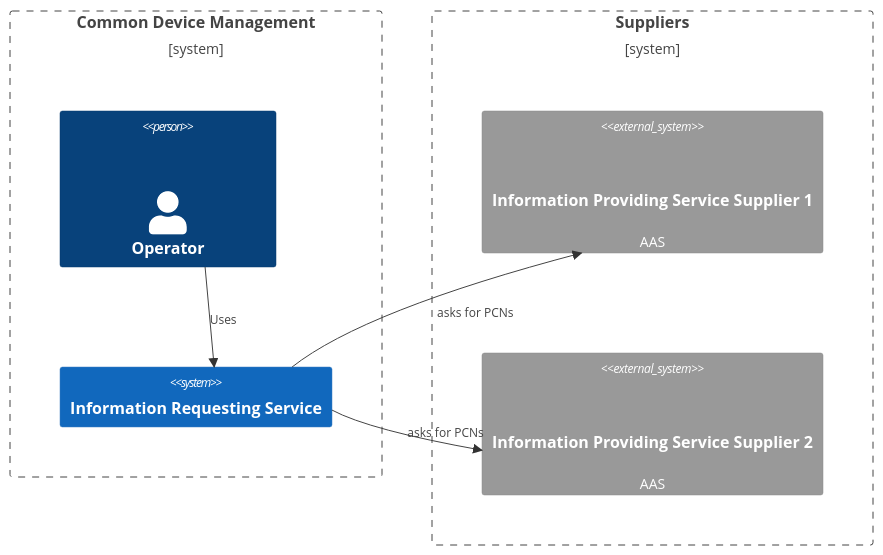
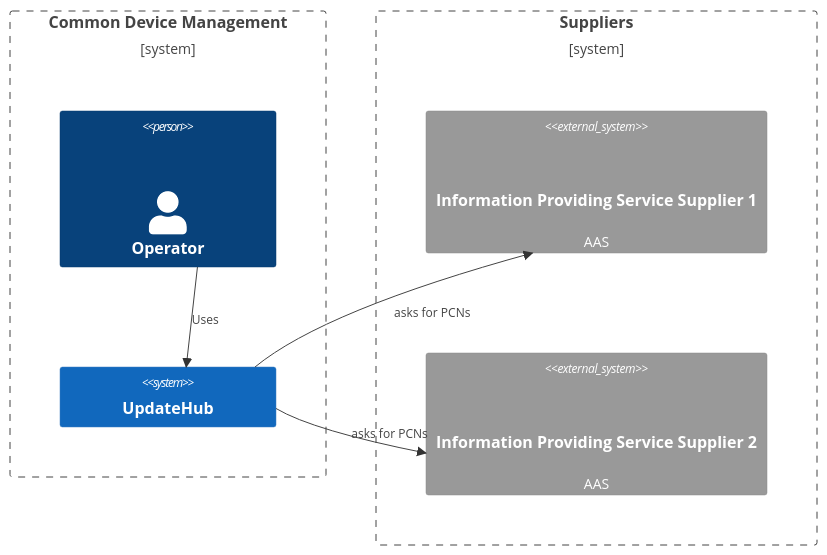
Before and after one commit to factory-x-contributions/update-hub: the diagram in README.md, drawn with Mermaid. The commit also changed other lines of this file and 19 other files, not shown here.

````diff
--- a/README.md
+++ b/README.md
@@ -5,19 +5,17 @@
 ```mermaid
 C4Context
   Boundary(b_cdm, "Common Device Management") {
     Person(customer, "Operator", "", "Operator")
-    System(irs, "Information Requesting Service")
+    System(uh, "UpdateHub")
 
-    Rel_Right(customer, irs, "Uses")
+    Rel_Right(customer, uh, "Uses")
   }
 
   Boundary(b_supplier, "Suppliers") {
     System_Ext(ips, "Information Providing Service Supplier 1", "AAS", "Provides product change Notifications (PCN)")
     System_Ext(ip2, "Information Providing Service Supplier 2", "AAS", "Provides product change Notifications (PCN)")
-    Rel_Up(irs, ips, "asks for PCNs")
-    Rel_Down(irs, ip2, "asks for PCNs")
   }
 
-  Rel_Up(irs, ips, "asks for PCNs")
-  Rel_Down(irs, ip2, "asks for PCNs")
+  Rel_Up(uh, ips, "asks for PCNs")
+  Rel_Down(uh, ip2, "asks for PCNs")
 ```
````
